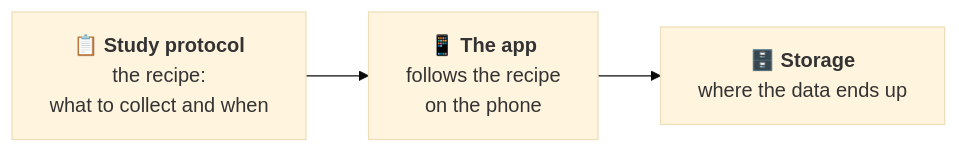
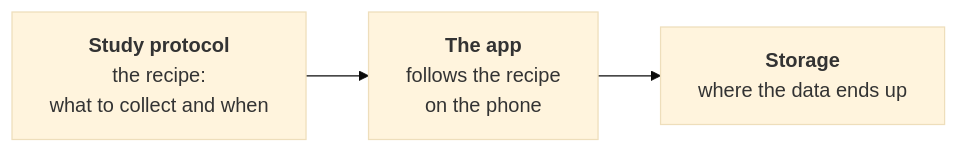
Before and after one commit to carp-dk/carp-docs-starlight: the diagram in src/content/docs/start/index.mdx, drawn with Mermaid (base theme). The commit also changed other lines of this file and 8 other files, not shown here.

````diff
--- a/src/content/docs/start/index.mdx
+++ b/src/content/docs/start/index.mdx
@@ -42,5 +40,5 @@
 ```mermaid
 flowchart LR
-    A["📋 <b>Study protocol</b><br/>the recipe:<br/>what to collect and when"] --> B["📱 <b>The app</b><br/>follows the recipe<br/>on the phone"]
-    B --> C["🗄️ <b>Storage</b><br/>where the data ends up"]
+    A["<b>Study protocol</b><br/>the recipe:<br/>what to collect and when"] --> B["<b>The app</b><br/>follows the recipe<br/>on the phone"]
+    B --> C["<b>Storage</b><br/>where the data ends up"]
 ```
````
